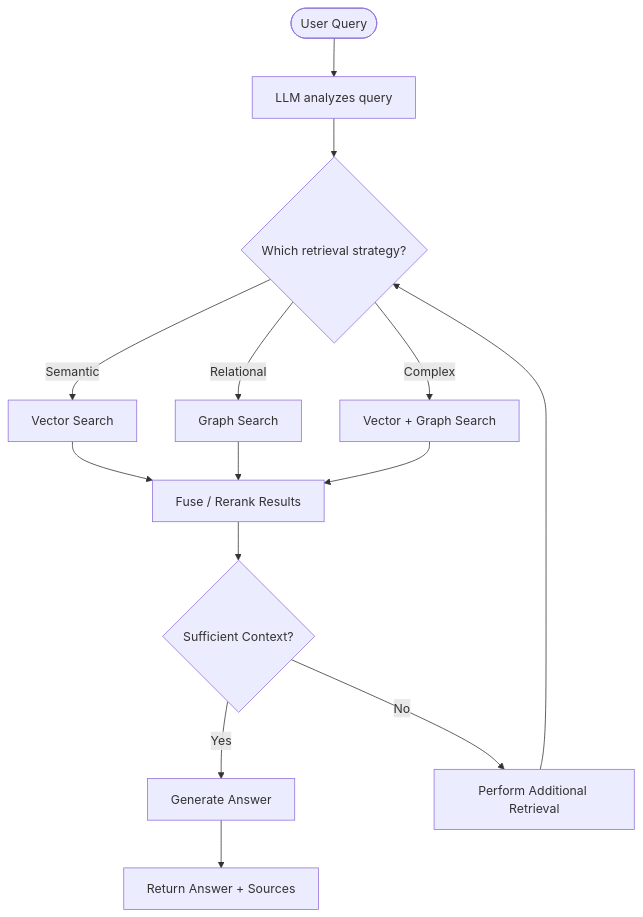
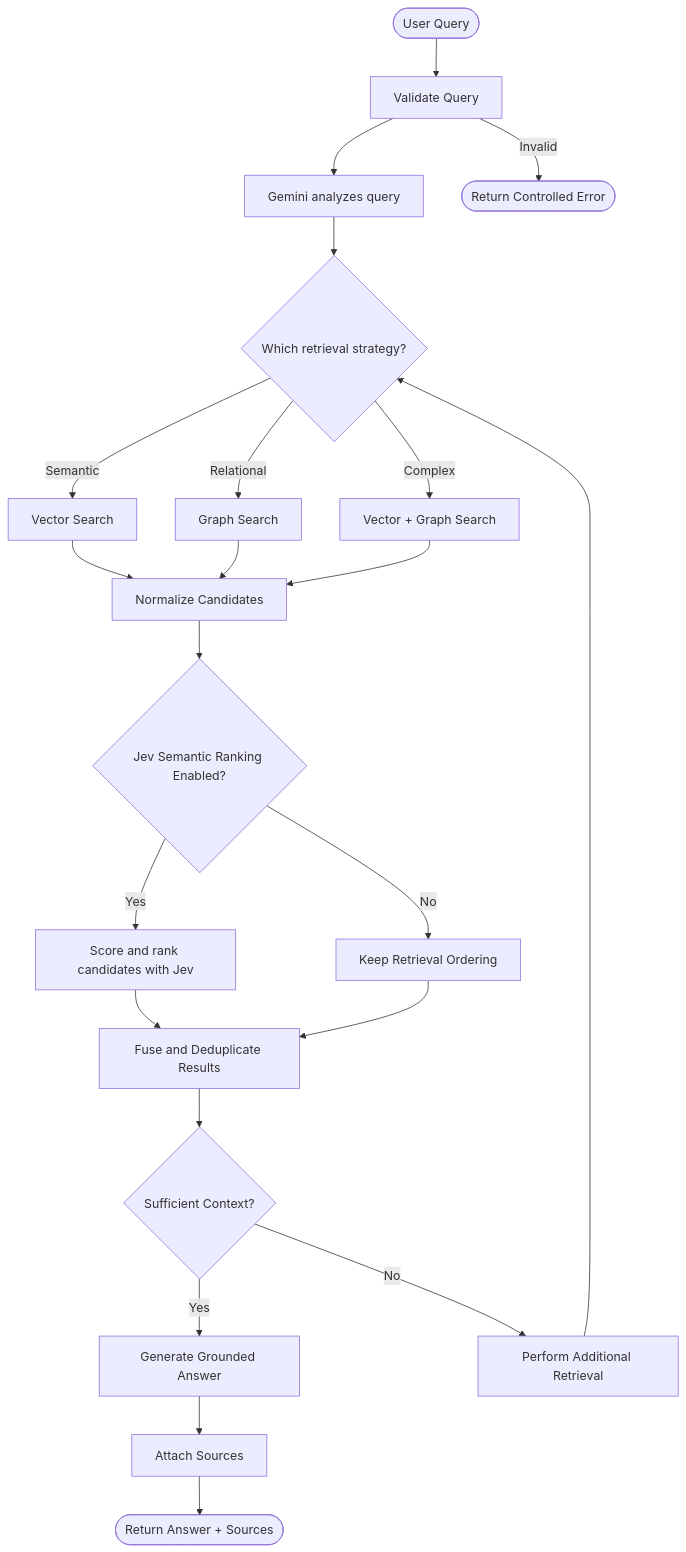
One commit to adarshmadhusoodanan/agentic-graph-rag changed the diagram in docs/08_activity_diagram.md. Above: the diagram before and after it, drawn with Mermaid. The commit also changed other lines of this file and 8 other files, not shown here.

Commit message:
doc: implementation docs for integrating jev for improving accuracy and caliberated probability for getting right answers for query

````diff
--- a/docs/08_activity_diagram.md
+++ b/docs/08_activity_diagram.md
@@ -3,43 +3,52 @@
 ```mermaid
 flowchart TD
-
     Start([User Query])
-
-    Analyze[LLM analyzes query]
-
+    Validate[Validate Query]
+    Analyze[Gemini analyzes query]
     Decision{Which retrieval strategy?}
 
     Vector[Vector Search]
     Graph[Graph Search]
     Both[Vector + Graph Search]
 
-    Fuse[Fuse / Rerank Results]
+    Normalize[Normalize Candidates]
+    Rerank{Jev Semantic Ranking Enabled?}
+    JevScore[Score and rank candidates with Jev]
+    SkipRerank[Keep Retrieval Ordering]
+    Fuse[Fuse and Deduplicate Results]
 
     Context{Sufficient Context?}
+    Retry[Perform Additional Retrieval]
+    Generate[Generate Grounded Answer]
+    Sources[Attach Sources]
+    Response([Return Answer + Sources])
+    Error([Return Controlled Error])
 
-    Generate[Generate Answer]
-
-    Retry[Perform Additional Retrieval]
-
-    Response[Return Answer + Sources]
-
-    Start --> Analyze
+    Start --> Validate
+    Validate --> Analyze
     Analyze --> Decision
 
     Decision -->|Semantic| Vector
     Decision -->|Relational| Graph
     Decision -->|Complex| Both
 
-    Vector --> Fuse
-    Graph --> Fuse
-    Both --> Fuse
+    Vector --> Normalize
+    Graph --> Normalize
+    Both --> Normalize
+
+    Normalize --> Rerank
+    Rerank -->|Yes| JevScore
+    Rerank -->|No| SkipRerank
+
+    JevScore --> Fuse
+    SkipRerank --> Fuse
 
     Fuse --> Context
-
     Context -->|Yes| Generate
     Context -->|No| Retry
-
     Retry --> Decision
 
-    Generate --> Response
+    Generate --> Sources
+    Sources --> Response
+    Validate -->|Invalid| Error
 ```
````
